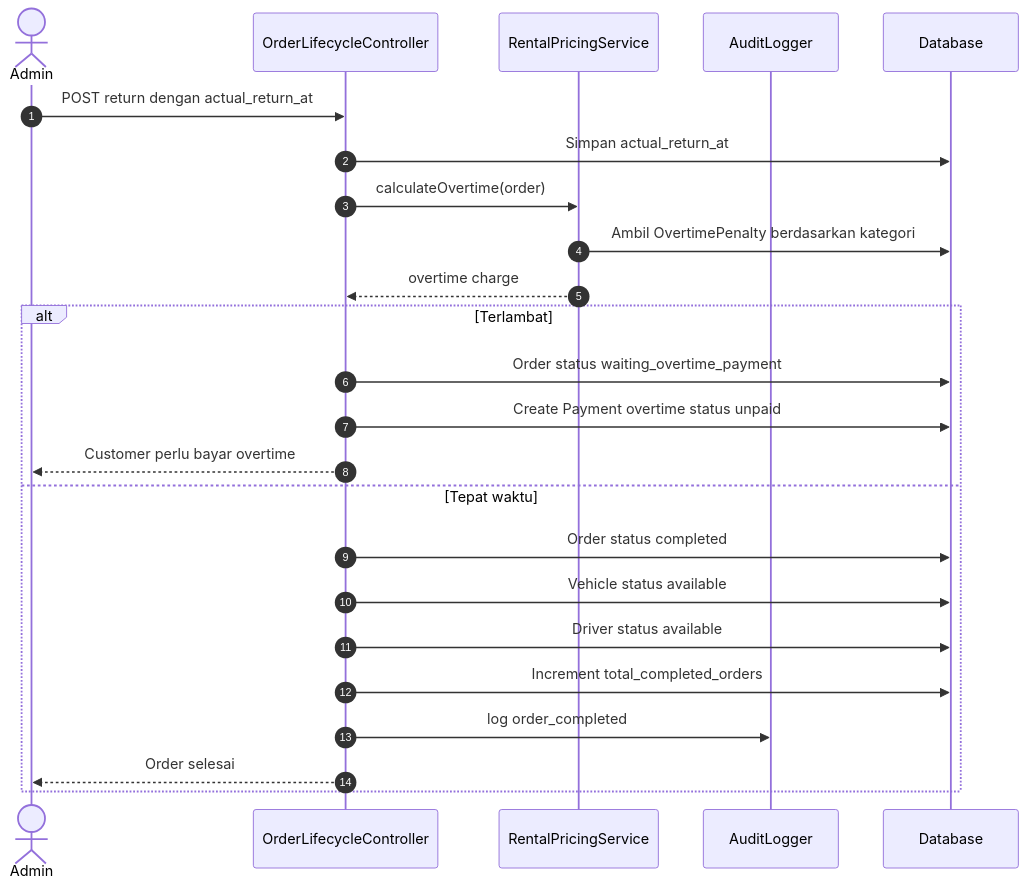
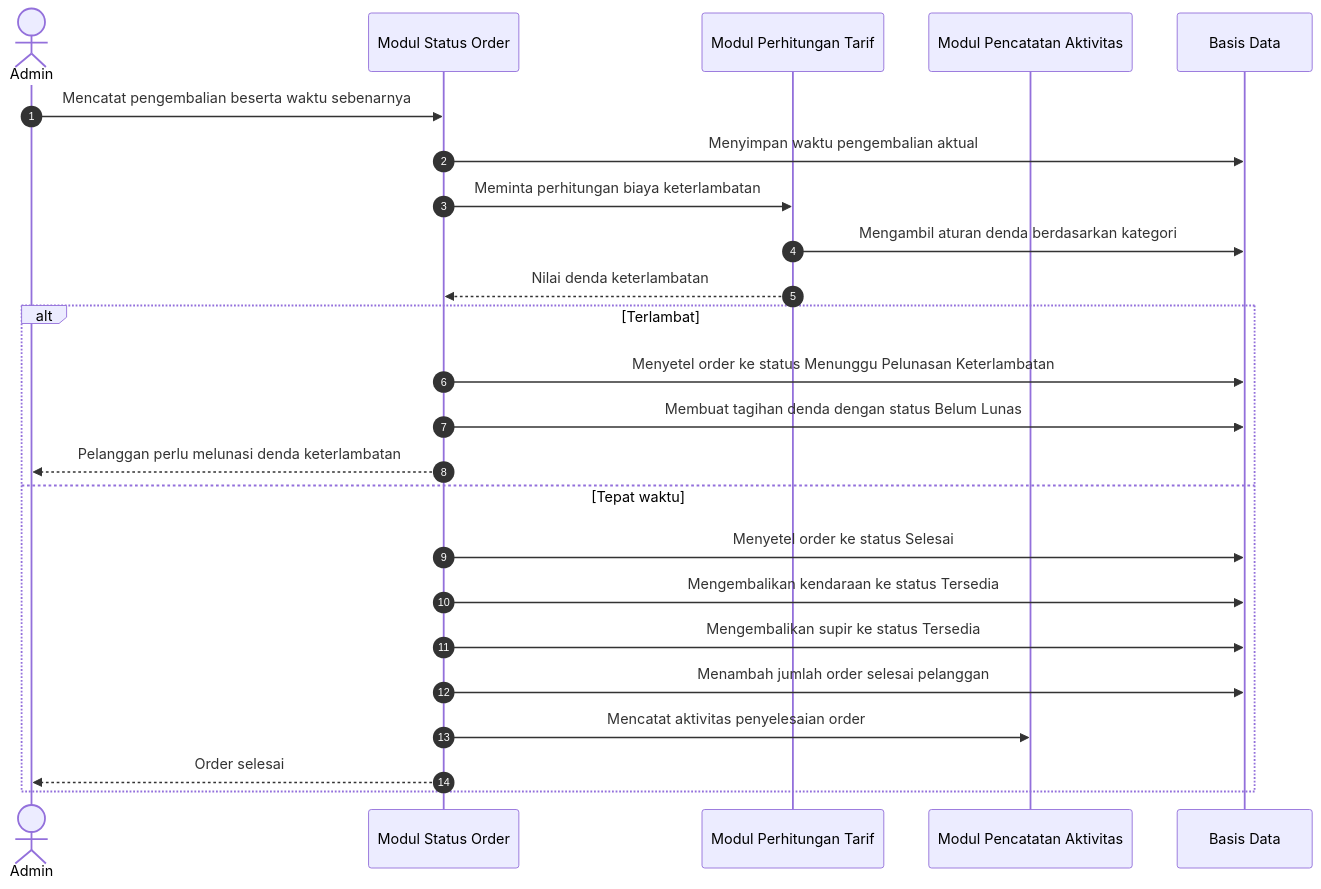
Diagram 11 of 15 in docs/UML_MERMAID.md (nabiilnuryassar/rent-car), drawn with Mermaid before and after one commit. The commit also changed other lines of this file, not shown here.

Commit message:
update docs uml

````diff
--- a/docs/UML_MERMAID.md
+++ b/docs/UML_MERMAID.md
@@ -448,28 +439,28 @@
 ```mermaid
 sequenceDiagram
     autonumber
     actor Admin
-    participant LifeCtrl as OrderLifecycleController
-    participant Pricing as RentalPricingService
-    participant Audit as AuditLogger
-    participant DB as Database
+    participant StatusOrder as Modul Status Order
+    participant Tarif as Modul Perhitungan Tarif
+    participant Aktivitas as Modul Pencatatan Aktivitas
+    participant Basis as Basis Data
 
-    Admin->>LifeCtrl: POST return dengan actual_return_at
-    LifeCtrl->>DB: Simpan actual_return_at
-    LifeCtrl->>Pricing: calculateOvertime(order)
-    Pricing->>DB: Ambil OvertimePenalty berdasarkan kategori
-    Pricing-->>LifeCtrl: overtime charge
+    Admin->>StatusOrder: Mencatat pengembalian beserta waktu sebenarnya
+    StatusOrder->>Basis: Menyimpan waktu pengembalian aktual
+    StatusOrder->>Tarif: Meminta perhitungan biaya keterlambatan
+    Tarif->>Basis: Mengambil aturan denda berdasarkan kategori
+    Tarif-->>StatusOrder: Nilai denda keterlambatan
 
     alt Terlambat
-        LifeCtrl->>DB: Order status waiting_overtime_payment
-        LifeCtrl->>DB: Create Payment overtime status unpaid
-        LifeCtrl-->>Admin: Customer perlu bayar overtime
+        StatusOrder->>Basis: Menyetel order ke status Menunggu Pelunasan Keterlambatan
+        StatusOrder->>Basis: Membuat tagihan denda dengan status Belum Lunas
+        StatusOrder-->>Admin: Pelanggan perlu melunasi denda keterlambatan
     else Tepat waktu
-        LifeCtrl->>DB: Order status completed
-        LifeCtrl->>DB: Vehicle status available
-        LifeCtrl->>DB: Driver status available
-        LifeCtrl->>DB: Increment total_completed_orders
-        LifeCtrl->>Audit: log order_completed
-        LifeCtrl-->>Admin: Order selesai
+        StatusOrder->>Basis: Menyetel order ke status Selesai
+        StatusOrder->>Basis: Mengembalikan kendaraan ke status Tersedia
+        StatusOrder->>Basis: Mengembalikan supir ke status Tersedia
+        StatusOrder->>Basis: Menambah jumlah order selesai pelanggan
+        StatusOrder->>Aktivitas: Mencatat aktivitas penyelesaian order
+        StatusOrder-->>Admin: Order selesai
     end
 ```
````
